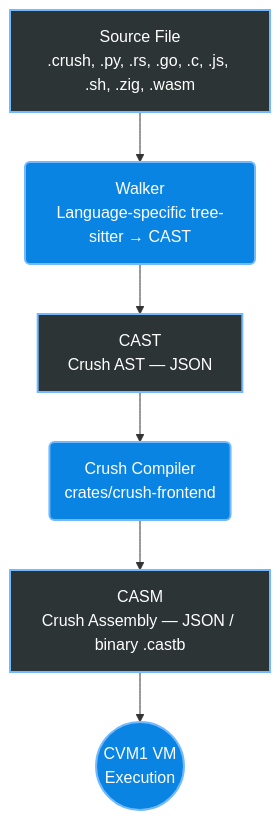
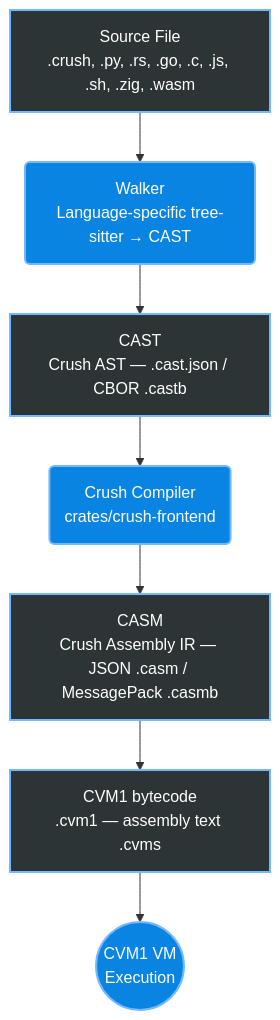
The diagram in README.md (nixpt/crush-ast), drawn with Mermaid before and after one commit. The commit also changed other lines of this file and 10 other files, not shown here.

````diff
--- a/README.md
+++ b/README.md
@@ -187,15 +188,16 @@
 ```mermaid
 graph TD
     A[Source File<br/>.crush, .py, .rs, .go, .c, .js, .sh, .zig, .wasm] --> B
     B(Walker<br/>Language-specific tree-sitter → CAST) --> C
-    C[CAST<br/>Crush AST — JSON] --> D
+    C[CAST<br/>Crush AST — .cast.json / CBOR .castb] --> D
     D(Crush Compiler<br/>crates/crush-frontend) --> E
-    E[CASM<br/>Crush Assembly — JSON / binary .castb] --> F
+    E[CASM<br/>Crush Assembly IR — JSON .casm / MessagePack .casmb] --> G
+    G[CVM1 bytecode<br/>.cvm1 — assembly text .cvms] --> F
     F((CVM1 VM<br/>Execution))
     
     classDef file fill:#2d3436,stroke:#74b9ff,stroke-width:2px,color:#fff
     classDef process fill:#0984e3,stroke:#74b9ff,stroke-width:2px,color:#fff
     
-    class A,C,E file
+    class A,C,E,G file
     class B,D,F process
 ```
````
